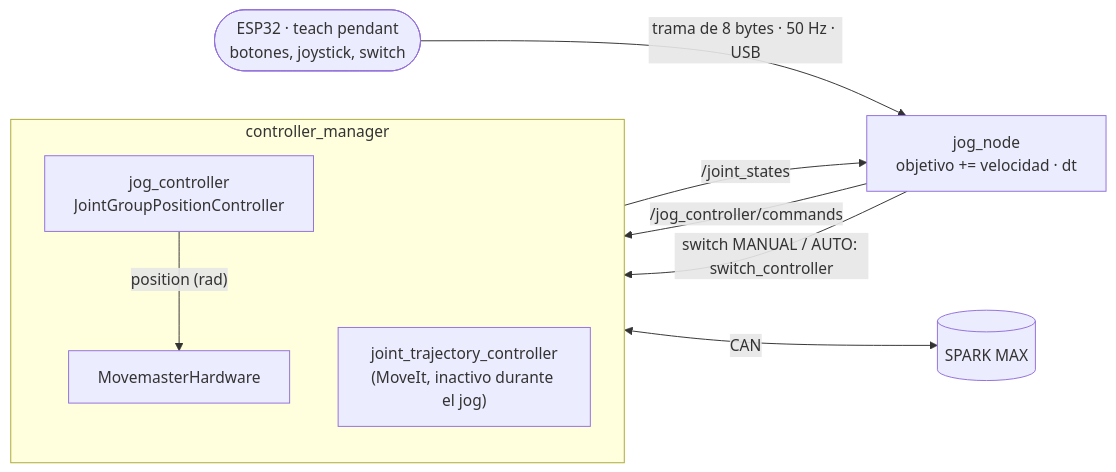
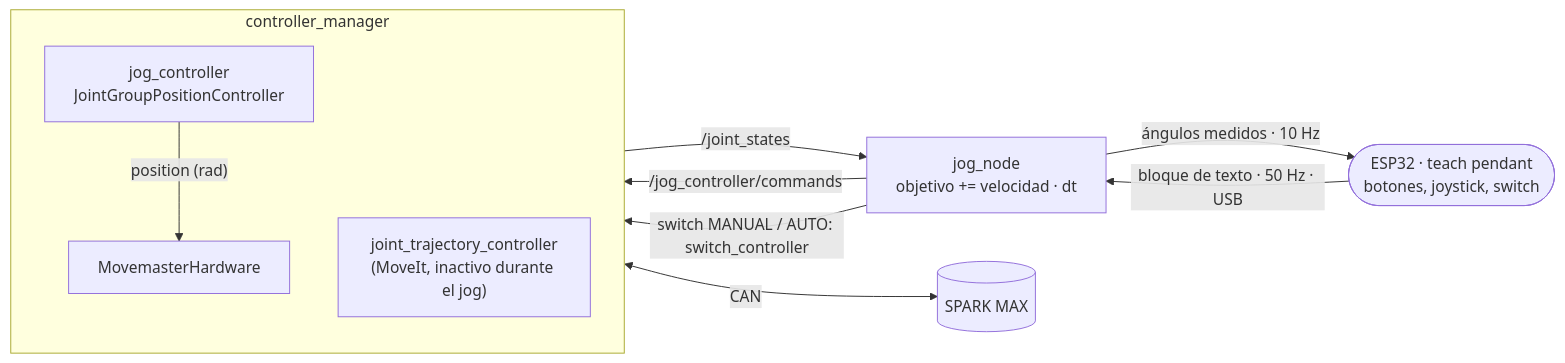
Before and after one commit to DiazPaz/movemaster: the diagram in movemaster_ws/src/movemaster_ros/movemaster_ros/movemaster_teleop/README.md, drawn with Mermaid. The commit also changed other lines of this file and 101 other files, not shown here.

````diff
--- a/movemaster_ws/src/movemaster_ros/movemaster_ros/movemaster_teleop/README.md
+++ b/movemaster_ws/src/movemaster_ros/movemaster_ros/movemaster_teleop/README.md
@@ -7,19 +7,20 @@
 ```mermaid
 flowchart LR
     esp(["ESP32 · teach pendant<br/>botones, joystick, switch"])
     jog["jog_node<br/>objetivo += velocidad · dt"]
     subgraph cm["controller_manager"]
         direction TB
         jc["jog_controller<br/>JointGroupPositionController"]
         jtc["joint_trajectory_controller<br/>(MoveIt, inactivo durante el jog)"]
         hw["MovemasterHardware"]
     end
     spark[("SPARK MAX")]
 
-    esp -- "trama de 8 bytes · 50 Hz · USB" --> jog
+    esp -- "bloque de texto · 50 Hz · USB" --> jog
+    jog -- "ángulos medidos · 10 Hz" --> esp
     jog -- "switch MANUAL / AUTO: switch_controller" --> cm
     jog -- "/jog_controller/commands" --> jc
     jc -- "position (rad)" --> hw
     hw -- "/joint_states" --> jog
     hw <-- "CAN" --> spark
 ```
````
